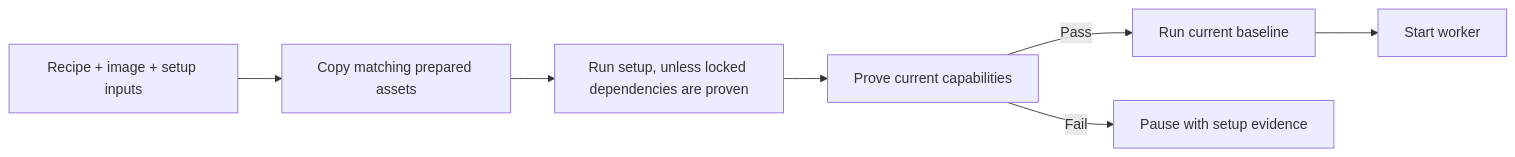
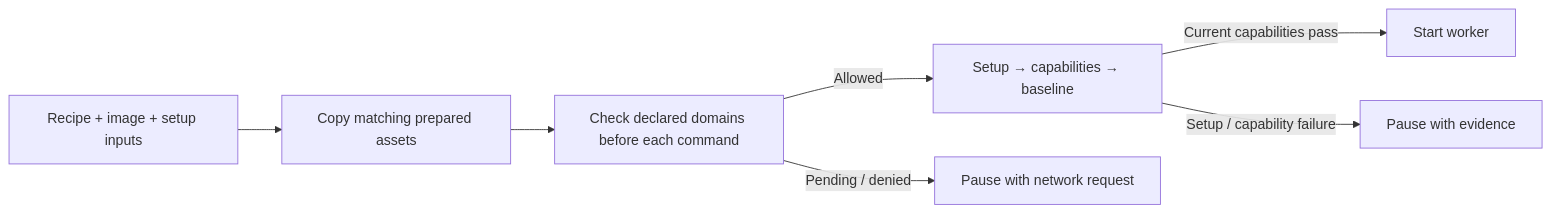
The diagram in docs/environments.md (minimumeffort-dev/sprowt.harness), drawn with Mermaid before and after one commit. The commit also changed other lines of this file and 17 other files, not shown here.

Commit message:
Request download access before task preparation

````diff
--- a/docs/environments.md
+++ b/docs/environments.md
@@ -7,8 +7,9 @@
 ```mermaid
 flowchart LR
     recipe["Recipe + image + setup inputs"] --> copy["Copy matching prepared assets"]
-    copy --> setup["Run setup, unless locked dependencies are proven"]
-    setup --> probes["Prove current capabilities"]
-    probes -->|"Pass"| baseline["Run current baseline"] --> worker["Start worker"]
-    probes -->|"Fail"| pause["Pause with setup evidence"]
+    copy --> access["Check declared domains before each command"]
+    access -->|"Allowed"| commands["Setup → capabilities → baseline"]
+    access -->|"Pending / denied"| wait["Pause with network request"]
+    commands -->|"Current capabilities pass"| worker["Start worker"]
+    commands -->|"Setup / capability failure"| pause["Pause with evidence"]
 ```
````
